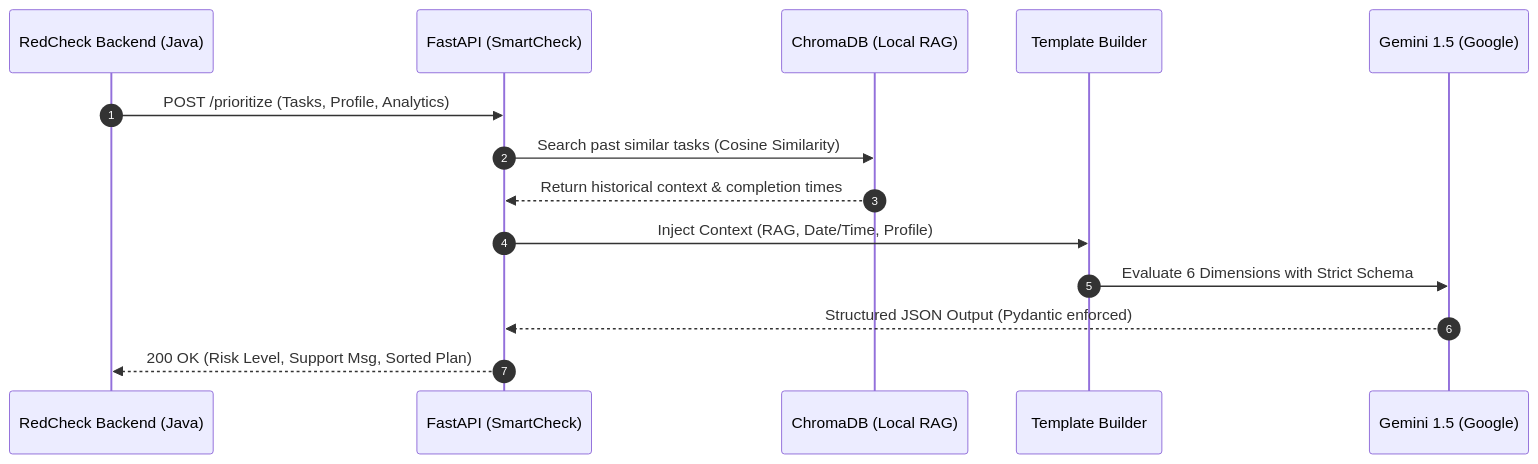
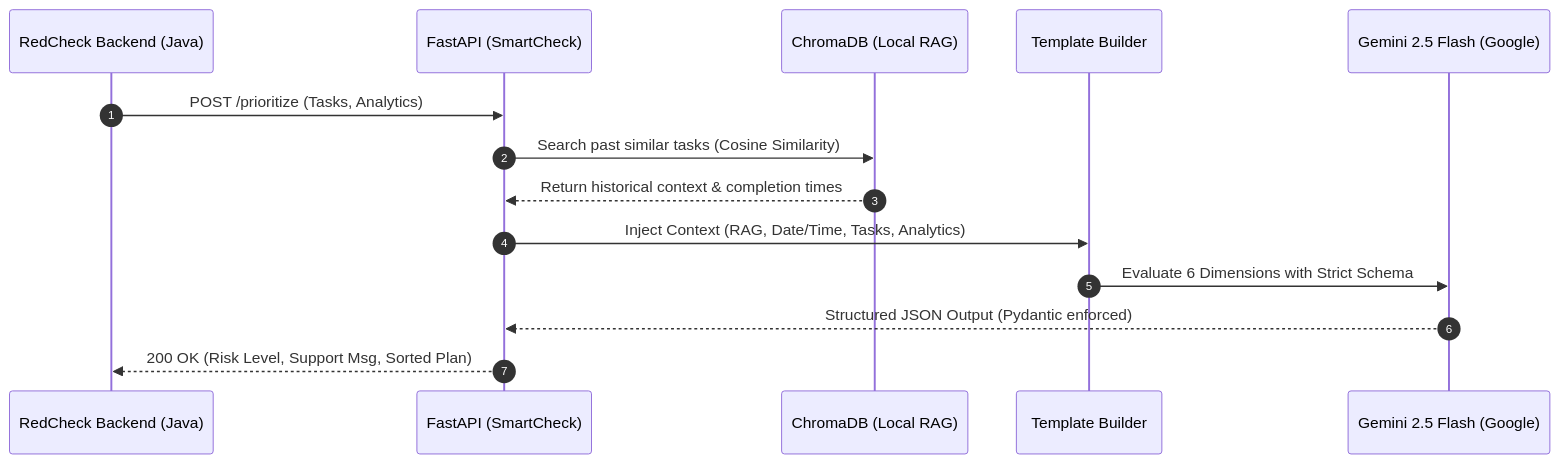
Before and after one commit to redcheckapp/smartcheck-ai-engine: the first of 2 diagrams in README.md, drawn with Mermaid. The commit also changed other lines of this file, not shown here.

First line of the commit message:
feat: Update README with Gemini 2.5 and flowchart details

````diff
--- a/README.md
+++ b/README.md
@@ -15,17 +17,17 @@
 ```mermaid
 sequenceDiagram
     autonumber
     participant Spring as RedCheck Backend (Java)
     participant API as FastAPI (SmartCheck)
     participant Vector as ChromaDB (Local RAG)
     participant Prompt as Template Builder
-    participant LLM as Gemini 1.5 (Google)
+    participant LLM as Gemini 2.5 Flash (Google)
 
-    Spring->>API: POST /prioritize (Tasks, Profile, Analytics)
+    Spring->>API: POST /prioritize (Tasks, Analytics)
     API->>Vector: Search past similar tasks (Cosine Similarity)
     Vector-->>API: Return historical context & completion times
-    API->>Prompt: Inject Context (RAG, Date/Time, Profile)
+    API->>Prompt: Inject Context (RAG, Date/Time, Tasks, Analytics)
     Prompt->>LLM: Evaluate 6 Dimensions with Strict Schema
     LLM-->>API: Structured JSON Output (Pydantic enforced)
     API-->>Spring: 200 OK (Risk Level, Support Msg, Sorted Plan)
 ```
````
